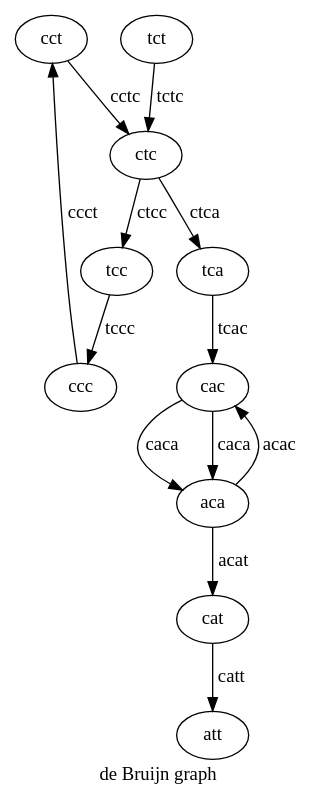
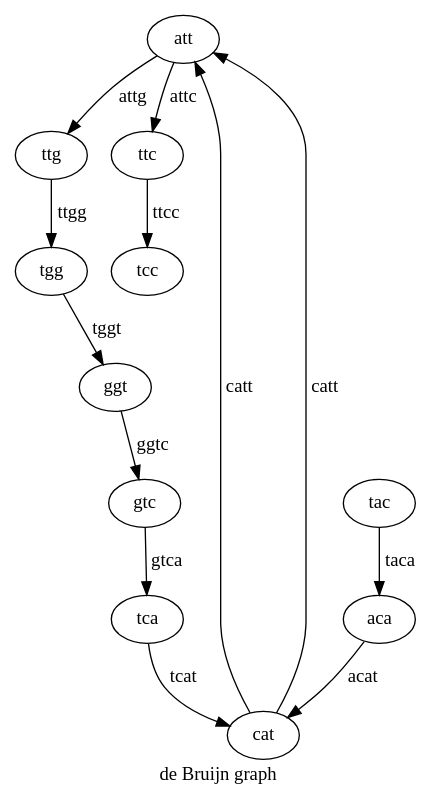
One commit to fsigs/nmsu-cs516-bioinformatics-project changed the diagram in ps02/python/deBruijn.dot. Above: the diagram before and after it, drawn with Graphviz. The commit also changed 17 other files, not shown here.

```diff
--- a/ps02/python/deBruijn.dot
+++ b/ps02/python/deBruijn.dot
@@ -1,15 +1,15 @@
 digraph {
 label="de Bruijn graph"
-cct->ctc[label=cctc];
-ctc->tcc[label=ctcc];
-ctc->tca[label=ctca];
-tct->ctc[label=tctc];
-tcc->ccc[label=tccc];
-ccc->cct[label=ccct];
-cac->aca[label=caca];
-cac->aca[label=caca];
+att->ttg[label=attg];
+att->ttc[label=attc];
+ttg->tgg[label=ttgg];
+cat->att[label=catt];
+cat->att[label=catt];
+ttc->tcc[label=ttcc];
+tgg->ggt[label=tggt];
+tac->aca[label=taca];
 aca->cat[label=acat];
-aca->cac[label=acac];
-cat->att[label=catt];
-tca->cac[label=tcac];
+ggt->gtc[label=ggtc];
+gtc->tca[label=gtca];
+tca->cat[label=tcat];
 }
```
